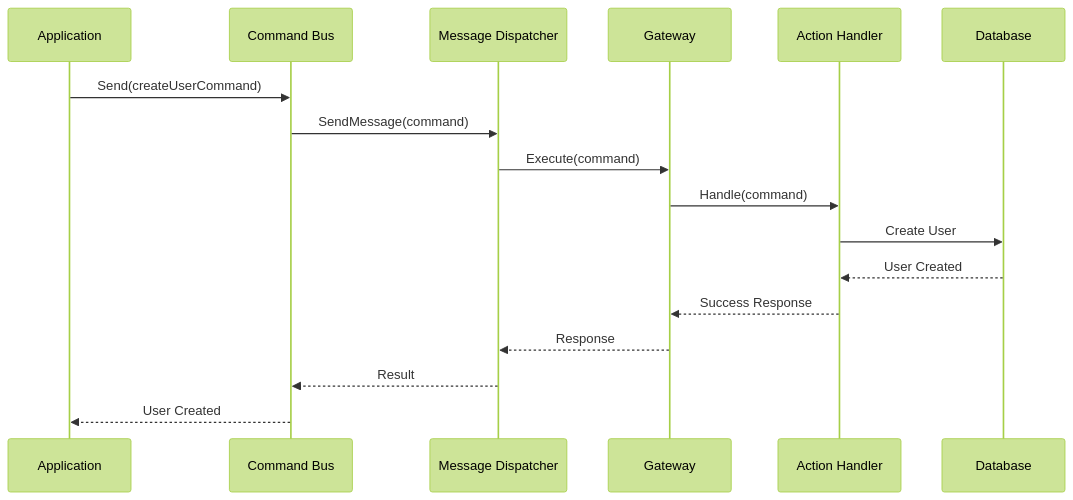
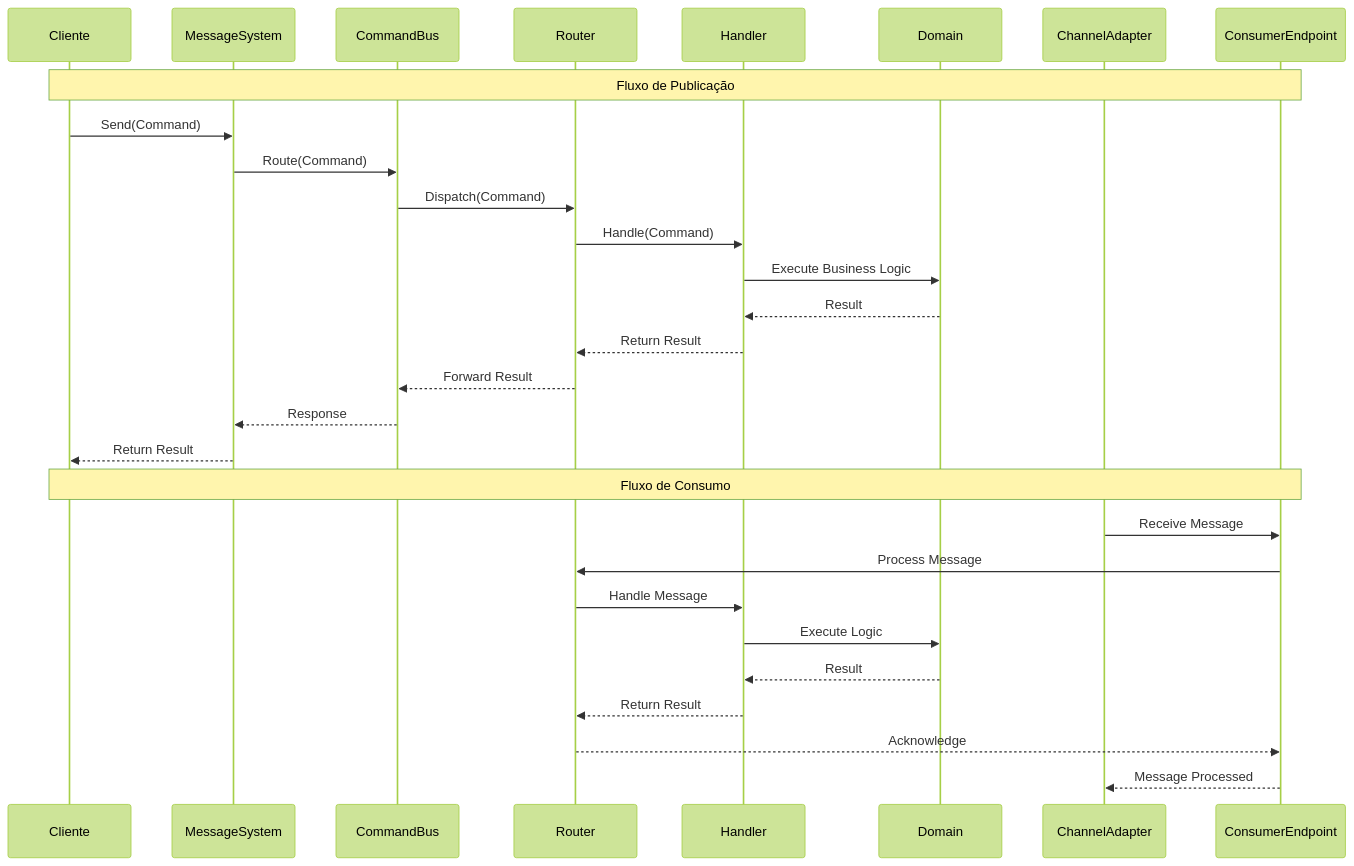
The second of 8 diagrams in README.md (JeffersonBrasilino/hex-api-go), drawn with Mermaid (forest theme) before and after one commit. The commit also changed other lines of this file and 506 other files, not shown here.

````diff
--- a/README.md
+++ b/README.md
@@ -192,20 +263,33 @@
 ```mermaid
 sequenceDiagram
-    participant App as Application
-    participant CB as Command Bus
-    participant MD as Message Dispatcher
-    participant GW as Gateway
-    participant AH as Action Handler
-    participant DB as Database
+    participant C as Cliente
+    participant MS as MessageSystem
+    participant CB as CommandBus
+    participant R as Router
+    participant H as Handler
+    participant D as Domain
+    participant CA as ChannelAdapter
+    participant CE as ConsumerEndpoint
 
-    App->>CB: Send(createUserCommand)
-    CB->>MD: SendMessage(command)
-    MD->>GW: Execute(command)
-    GW->>AH: Handle(command)
-    AH->>DB: Create User
-    DB-->>AH: User Created
-    AH-->>GW: Success Response
-    GW-->>MD: Response
-    MD-->>CB: Result
-    CB-->>App: User Created
+    Note over C,CE: Fluxo de Publicação
+    C->>MS: Send(Command)
+    MS->>CB: Route(Command)
+    CB->>R: Dispatch(Command)
+    R->>H: Handle(Command)
+    H->>D: Execute Business Logic
+    D-->>H: Result
+    H-->>R: Return Result
+    R-->>CB: Forward Result
+    CB-->>MS: Response
+    MS-->>C: Return Result
+
+    Note over C,CE: Fluxo de Consumo
+    CA->>CE: Receive Message
+    CE->>R: Process Message
+    R->>H: Handle Message
+    H->>D: Execute Logic
+    D-->>H: Result
+    H-->>R: Return Result
+    R-->>CE: Acknowledge
+    CE-->>CA: Message Processed
 ```
````
